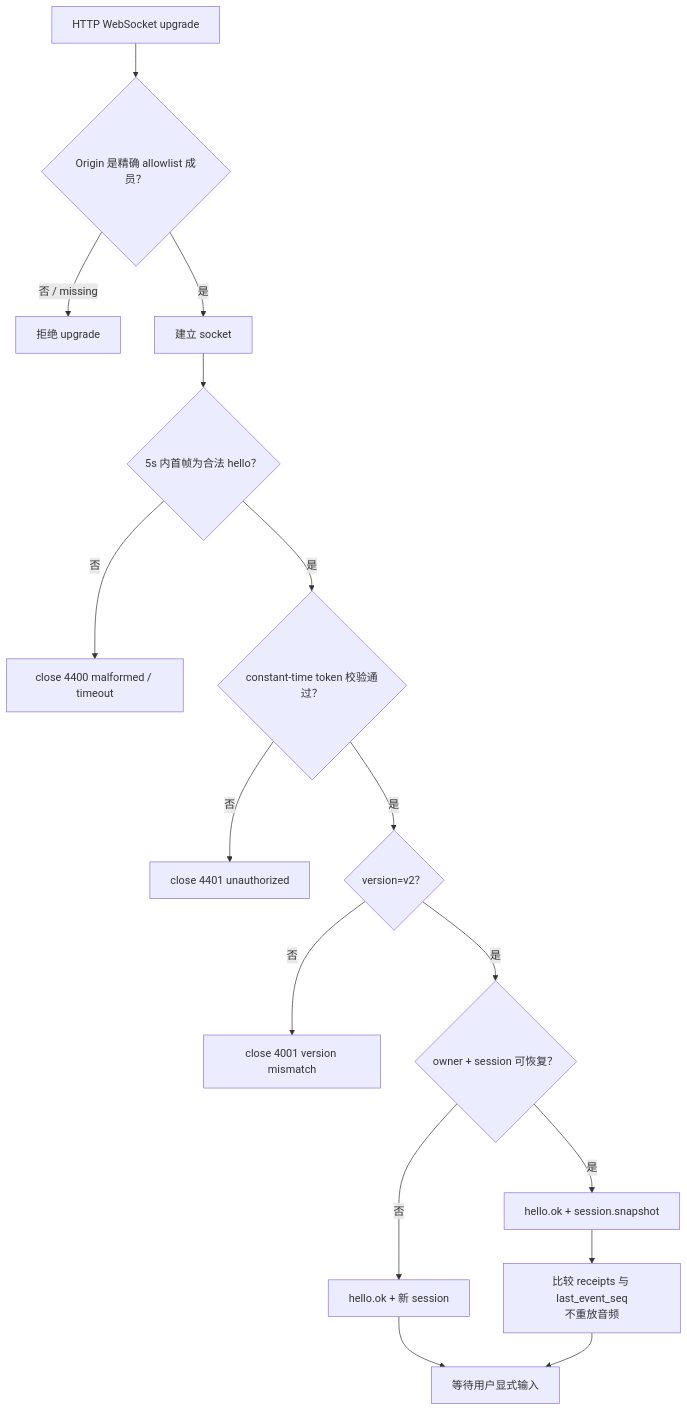
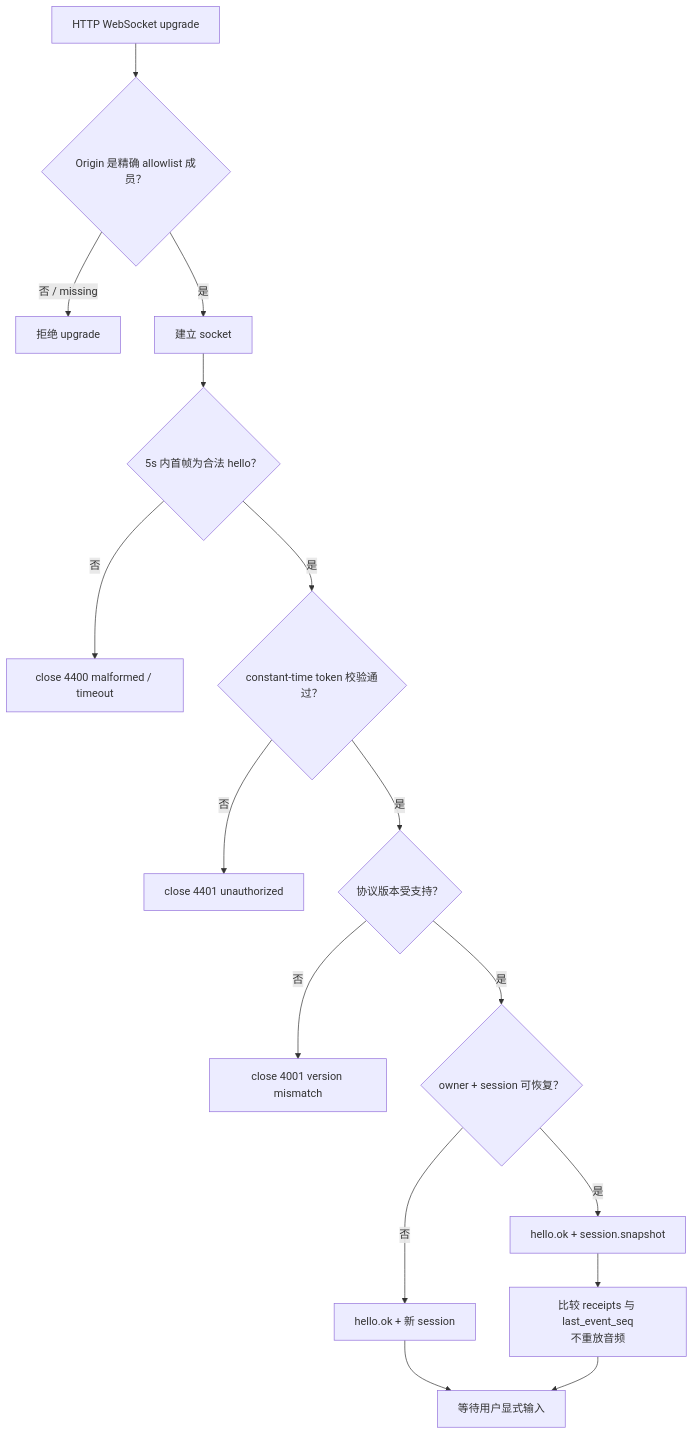
The first of 2 diagrams in docs/01-architecture/protocol.md (Momoyeyu/momo), drawn with Mermaid before and after one commit. The commit also changed other lines of this file and 23 other files, not shown here.

````diff
--- a/docs/01-architecture/protocol.md
+++ b/docs/01-architecture/protocol.md
@@ -62,18 +62,18 @@
 ```mermaid
 flowchart TD
     UPGRADE["HTTP WebSocket upgrade"] --> ORIGIN{"Origin 是精确 allowlist 成员？"}
     ORIGIN -->|"否 / missing"| REJECT["拒绝 upgrade"]
     ORIGIN -->|"是"| SOCKET["建立 socket"]
     SOCKET --> HELLO{"5s 内首帧为合法 hello？"}
     HELLO -->|"否"| CLOSE4400["close 4400 malformed / timeout"]
     HELLO -->|"是"| TOKEN{"constant-time token 校验通过？"}
     TOKEN -->|"否"| CLOSE4401["close 4401 unauthorized"]
-    TOKEN -->|"是"| VERSION{"version=v2？"}
+    TOKEN -->|"是"| VERSION{"协议版本受支持？"}
     VERSION -->|"否"| CLOSE4001["close 4001 version mismatch"]
     VERSION -->|"是"| RESUME{"owner + session 可恢复？"}
     RESUME -->|"是"| SNAP["hello.ok + session.snapshot"]
     RESUME -->|"否"| NEW["hello.ok + 新 session"]
     SNAP --> COMPARE["比较 receipts 与 last_event_seq<br/>不重放音频"]
     NEW --> READY["等待用户显式输入"]
     COMPARE --> READY
 ```
````
